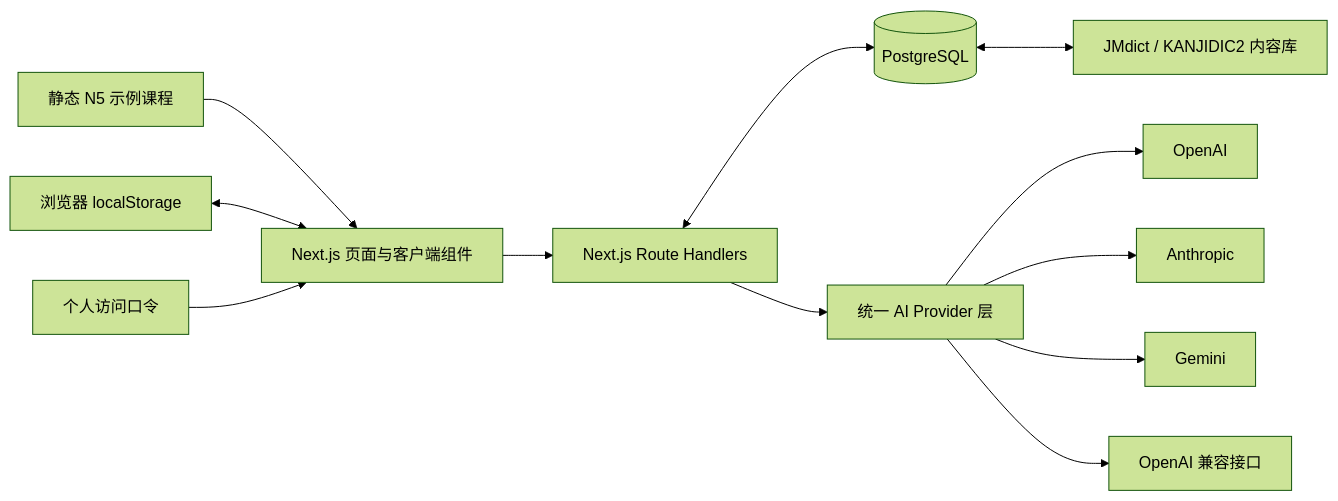
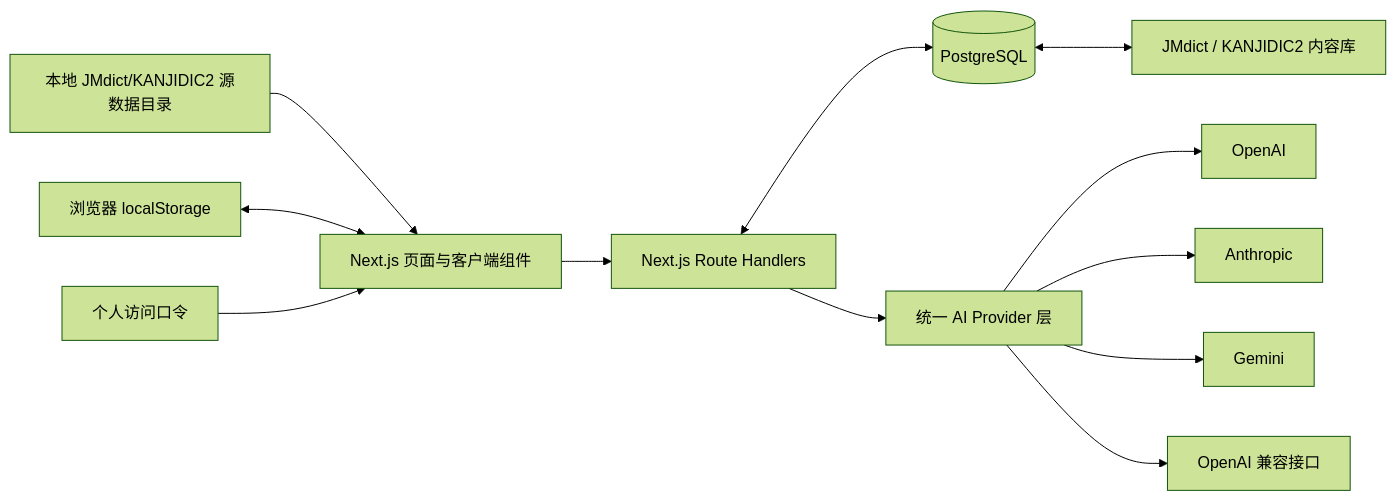
Before and after one commit to tomcat-cv/language-learning: the first of 2 diagrams in PROJECT.md, drawn with Mermaid (forest theme). The commit also changed other lines of this file and 42 other files, not shown here.

````diff
--- a/PROJECT.md
+++ b/PROJECT.md
@@ -324,27 +324,27 @@
 ```mermaid
 flowchart LR
     UI["Next.js 页面与客户端组件"]
     LS["浏览器 localStorage"]
     ACCESS["个人访问口令"]
     API["Next.js Route Handlers"]
     DB[("PostgreSQL")]
     PA["统一 AI Provider 层"]
     OA["OpenAI"]
     AN["Anthropic"]
     GE["Gemini"]
     CO["OpenAI 兼容接口"]
-    DATA["静态 N5 示例课程"]
+    DATA["本地 JMdict/KANJIDIC2 源数据目录"]
     DICT["JMdict / KANJIDIC2 内容库"]
 
     DATA --> UI
     LS <--> UI
     ACCESS --> UI
     UI --> API
     API <--> DB
     DB <--> DICT
     API --> PA
     PA --> OA
     PA --> AN
     PA --> GE
     PA --> CO
 ```
````
